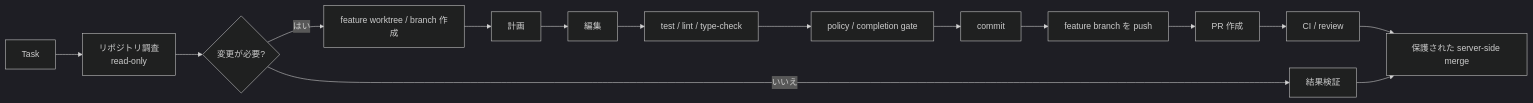
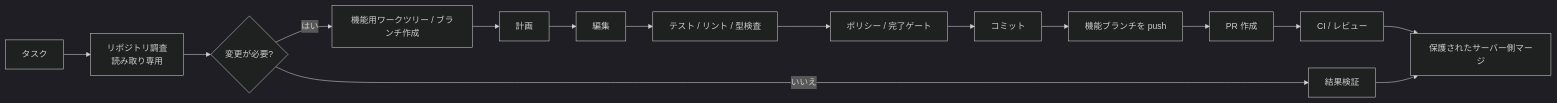
Before and after one commit to tomo-chan/agent-harness: the second of 2 diagrams in README.ja.md, drawn with Mermaid (dark theme). The commit also changed other lines of this file and 10 other files, not shown here.

````diff
--- a/README.ja.md
+++ b/README.ja.md
@@ -40,17 +40,17 @@
 ```mermaid
 flowchart LR
-    T[Task] --> I[リポジトリ調査<br/>read-only]
+    T[タスク] --> I[リポジトリ調査<br/>読み取り専用]
     I --> W{変更が必要?}
-    W -->|はい| B[feature worktree / branch 作成]
+    W -->|はい| B[機能用ワークツリー / ブランチ作成]
     W -->|いいえ| V[結果検証]
     B --> P[計画]
     P --> E[編集]
-    E --> Q[test / lint / type-check]
-    Q --> G[policy / completion gate]
-    G --> C[commit]
-    C --> U[feature branch を push]
+    E --> Q[テスト / リント / 型検査]
+    Q --> G[ポリシー / 完了ゲート]
+    G --> C[コミット]
+    C --> U[機能ブランチを push]
     U --> R[PR 作成]
-    R --> CI[CI / review]
-    CI --> M[保護された server-side merge]
+    R --> CI[CI / レビュー]
+    CI --> M[保護されたサーバー側マージ]
     V --> M
 ```
````
